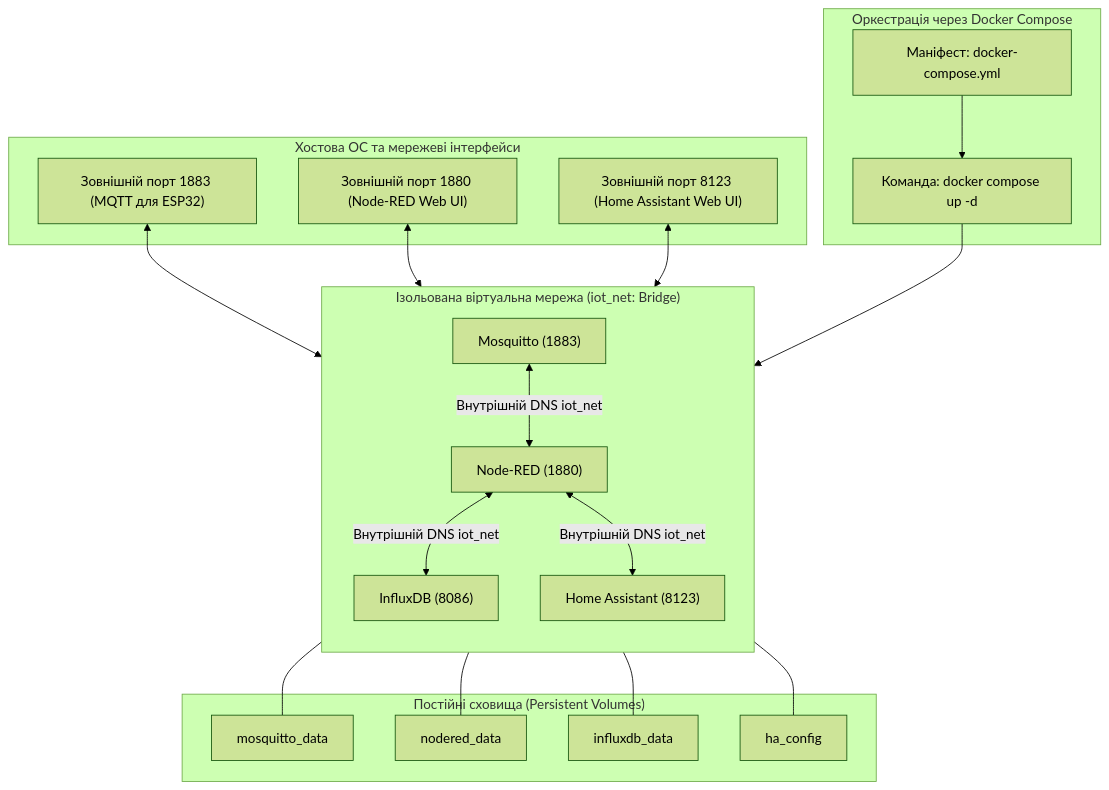
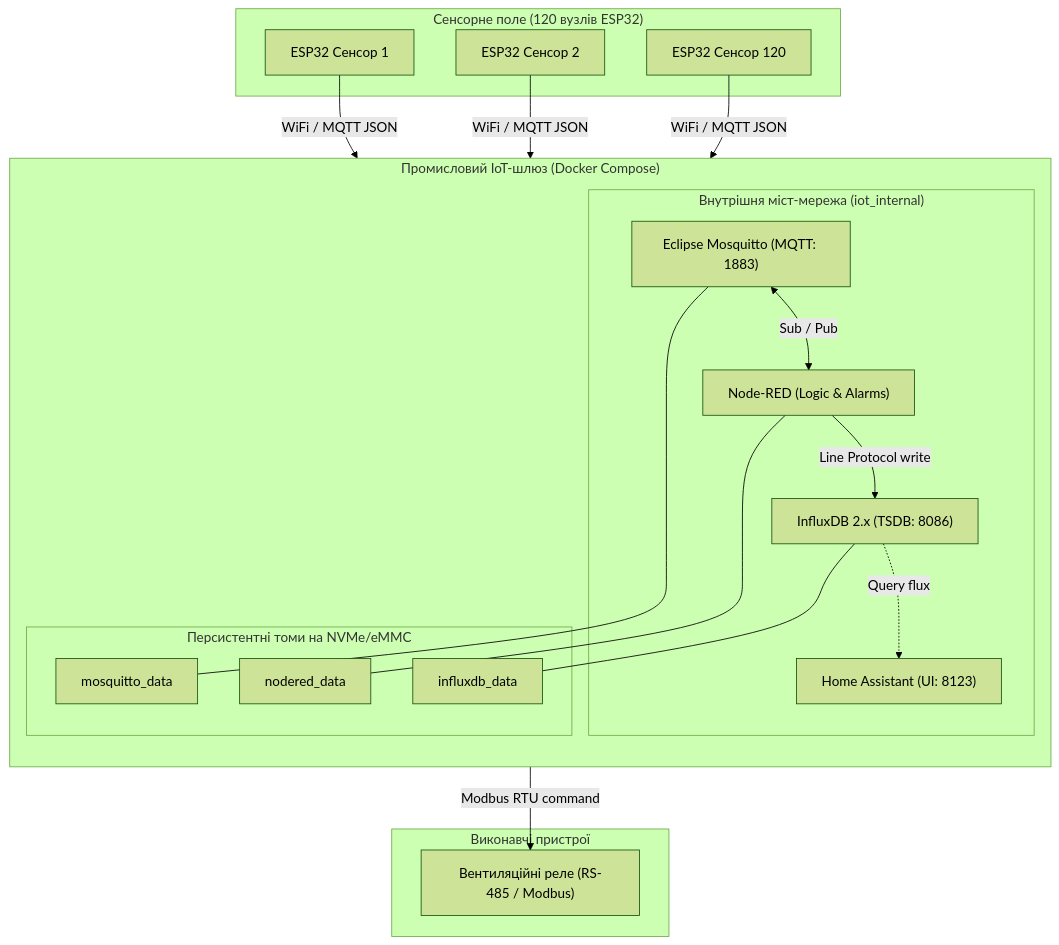
The fourth of 4 diagrams in docs/lk/lk9.md (KyryloVadurin/iot-technologies), drawn with Mermaid (forest theme) before and after one commit. The commit also changed other lines of this file, not shown here.

````diff
--- a/docs/lk/lk9.md
+++ b/docs/lk/lk9.md
@@ -182,44 +340,37 @@
 ```mermaid
 flowchart TD
-    subgraph DockerComposeEngine["Оркестрація через Docker Compose"]
-        YAML["Маніфест: docker-compose.yml"]
-        CLI["Команда: docker compose up -d"]
+    subgraph Sensors["Сенсорне поле (120 вузлів ESP32)"]
+        S1["ESP32 Сенсор 1"]
+        S2["ESP32 Сенсор 2"]
+        SN["ESP32 Сенсор 120"]
     end
 
-    subgraph InternalNetwork["Ізольована віртуальна мережа (iot_net: Bridge)"]
+    subgraph Gateway["Промисловий IoT-шлюз (Docker Compose)"]
         direction TB
-        MB["Mosquitto (1883)"]
-        NR["Node-RED (1880)"]
-        IDB["InfluxDB (8086)"]
-        HA_C["Home Assistant (8123)"]
+        subgraph NetBridge["Внутрішня міст-мережа (iot_internal)"]
+            MB["Eclipse Mosquitto (MQTT: 1883)"]
+            NR["Node-RED (Logic & Alarms)"]
+            IDB["InfluxDB 2.x (TSDB: 8086)"]
+            HA["Home Assistant (UI: 8123)"]
+        end
         
-        MB <-->|Внутрішній DNS iot_net| NR
-        NR <-->|Внутрішній DNS iot_net| IDB
-        NR <-->|Внутрішній DNS iot_net| HA_C
+        subgraph Storage["Персистентні томи на NVMe/eMMC"]
+            V1["mosquitto_data"]
+            V2["nodered_data"]
+            V3["influxdb_data"]
+        end
     end
 
-    subgraph StorageLayer["Постійні сховища (Persistent Volumes)"]
-        V_MOSQ["mosquitto_data"]
-        V_NRED["nodered_data"]
-        V_INFLUX["influxdb_data"]
-        V_HA["ha_config"]
+    subgraph Actuators["Виконавчі пристрої"]
+        ACT["Вентиляційні реле (RS-485 / Modbus)"]
     end
 
-    subgraph HostSystem["Хостова ОС та мережеві інтерфейси"]
-        PORT_1883["Зовнішній порт 1883 (MQTT для ESP32)"]
-        PORT_1880["Зовнішній порт 1880 (Node-RED Web UI)"]
-        PORT_8123["Зовнішній порт 8123 (Home Assistant Web UI)"]
-    end
-
-    YAML --> CLI
-    CLI --> InternalNetwork
-    
-    MB --- V_MOSQ
-    NR --- V_NRED
-    IDB --- V_INFLUX
-    HA_C --- V_HA
-
-    PORT_1883 <--> MB
-    PORT_1880 <--> NR
-    PORT_8123 <--> HA_C
+    S1 & S2 & SN -->|WiFi / MQTT JSON| MB
+    MB <-->|Sub / Pub| NR
+    NR -->|Line Protocol write| IDB
+    NR -->|Modbus RTU command| ACT
+    IDB -.->|Query flux| HA
+    MB --- V1
+    NR --- V2
+    IDB --- V3
 ```
````
